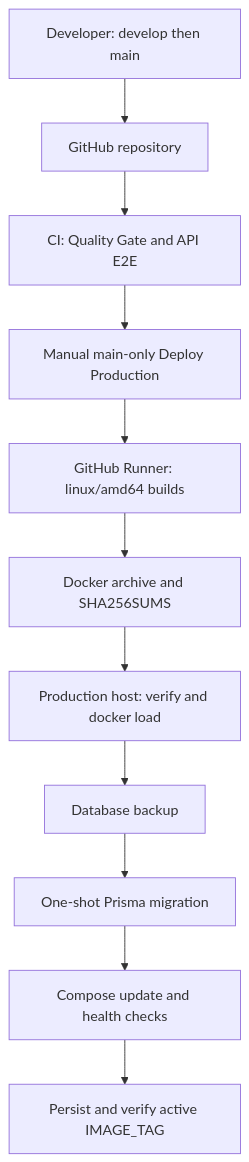
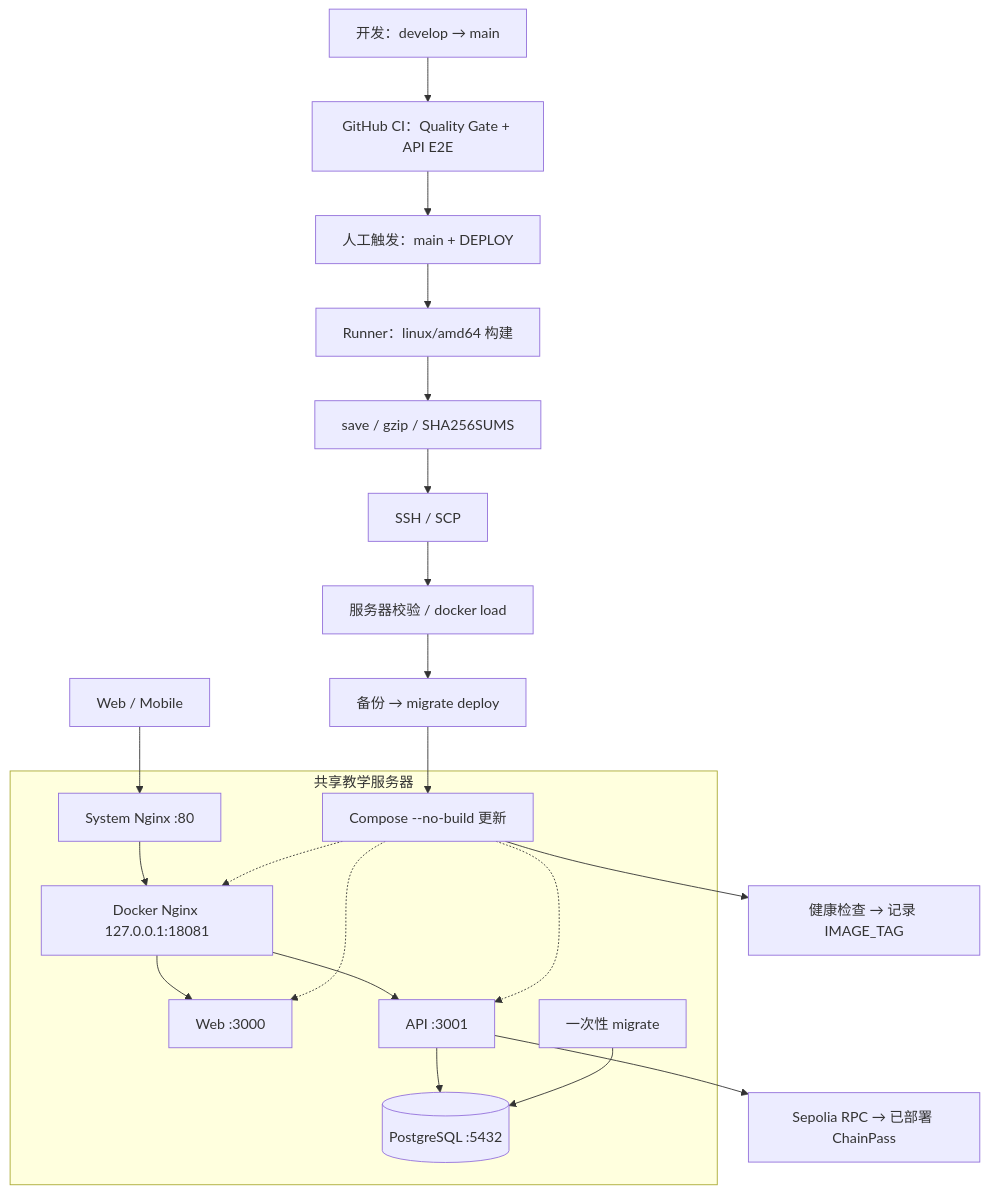
Before and after one commit to Maimai10808/chainpass: the first of 4 diagrams in docs/ARCHITECTURE_AND_DEPLOYMENT.md, drawn with Mermaid. The commit also changed other lines of this file and 21 other files, not shown here.

````diff
--- a/docs/ARCHITECTURE_AND_DEPLOYMENT.md
+++ b/docs/ARCHITECTURE_AND_DEPLOYMENT.md
@@ -9,13 +13,24 @@
 ```mermaid
 flowchart TB
-    Dev[Developer: develop then main] --> Git[GitHub repository]
-    Git --> CI[CI: Quality Gate and API E2E]
-    CI --> Gate[Manual main-only Deploy Production]
-    Gate --> Runner[GitHub Runner: linux/amd64 builds]
-    Runner --> Bundle[Docker archive and SHA256SUMS]
-    Bundle --> Host[Production host: verify and docker load]
-    Host --> Backup[Database backup]
-    Backup --> Migration[One-shot Prisma migration]
-    Migration --> Update[Compose update and health checks]
-    Update --> Tag[Persist and verify active IMAGE_TAG]
+    Dev["开发：develop → main"] --> CI["GitHub CI：Quality Gate + API E2E"]
+    CI --> Gate["人工触发：main + DEPLOY"]
+    Gate --> Runner["Runner：linux/amd64 构建"]
+    Runner --> Archive["save / gzip / SHA256SUMS"]
+    Archive --> Transfer["SSH / SCP"]
+    Transfer --> Load["服务器校验 / docker load"]
+    Load --> Backup["备份 → migrate deploy"]
+    Backup --> Update["Compose --no-build 更新"]
+    Update --> Check["健康检查 → 记录 IMAGE_TAG"]
+    subgraph Host["共享教学服务器"]
+        System["System Nginx :80"] --> N["Docker Nginx 127.0.0.1:18081"]
+        N --> W["Web :3000"]
+        N --> A["API :3001"]
+        A --> DB[("PostgreSQL :5432")]
+        M["一次性 migrate"] --> DB
+        Update -.-> A
+        Update -.-> W
+        Update -.-> N
+    end
+    Browser["Web / Mobile"] --> System
+    A --> RPC["Sepolia RPC → 已部署 ChainPass"]
 ```
````
